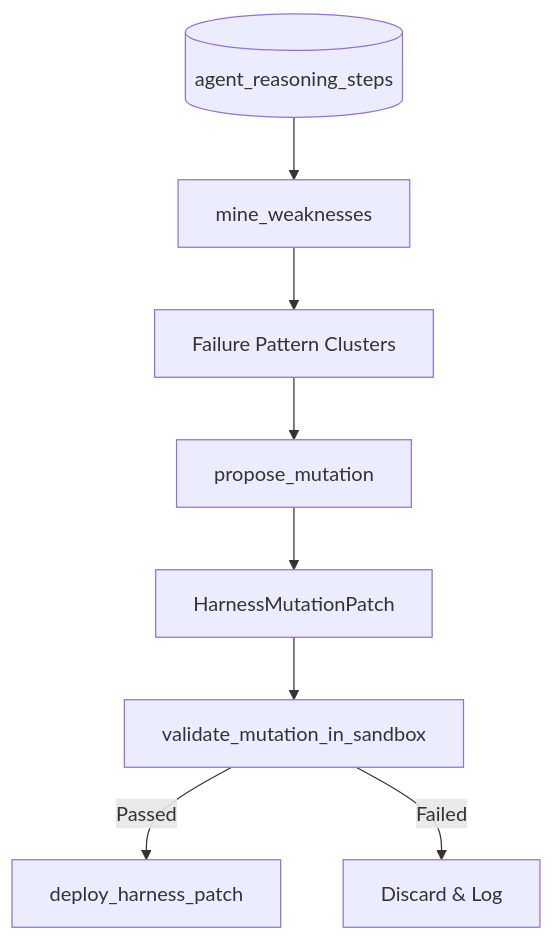
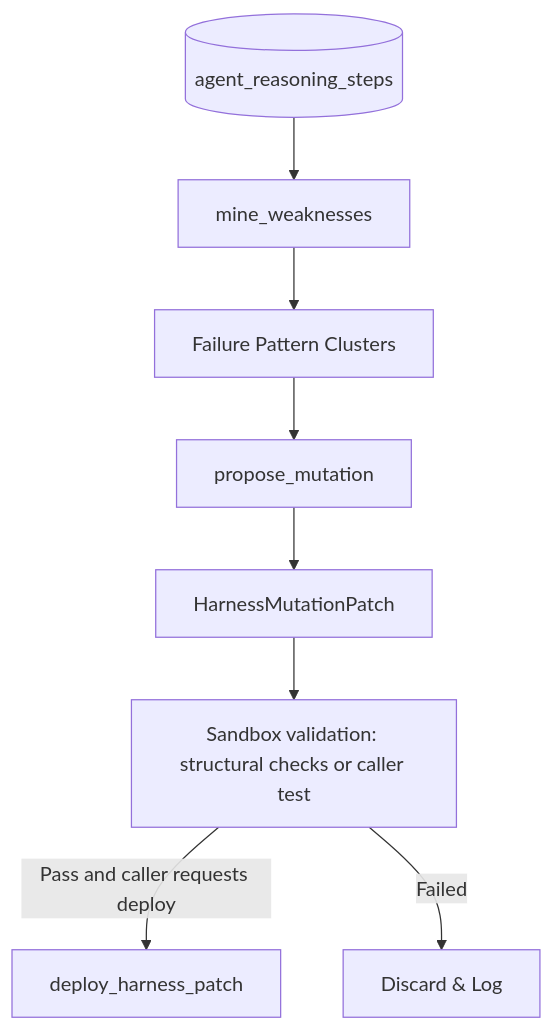
One commit to rush86999/atom changed the diagram in docs/architecture/HARNESS_EVOLUTION.md. Above: the diagram before and after it, drawn with Mermaid. The commit also changed other lines of this file and 2 other files, not shown here.

Commit message:
Record November 19 readiness evidence and correct workflow diagrams (#1025)

````diff
--- a/docs/architecture/HARNESS_EVOLUTION.md
+++ b/docs/architecture/HARNESS_EVOLUTION.md
@@ -22,10 +22,10 @@
 ```mermaid
 flowchart TD
     A[(agent_reasoning_steps)] --> B[mine_weaknesses]
     B --> C[Failure Pattern Clusters]
     C --> D[propose_mutation]
     D --> E[HarnessMutationPatch]
-    E --> F[validate_mutation_in_sandbox]
-    F -->|Passed| G[deploy_harness_patch]
+    E --> F[Sandbox validation: structural checks or caller test]
+    F -->|Pass and caller requests deploy| G[deploy_harness_patch]
     F -->|Failed| H[Discard & Log]
 ```
````
